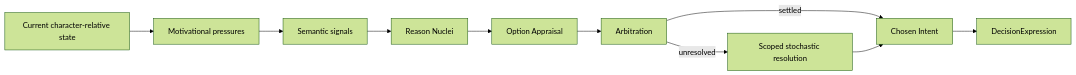
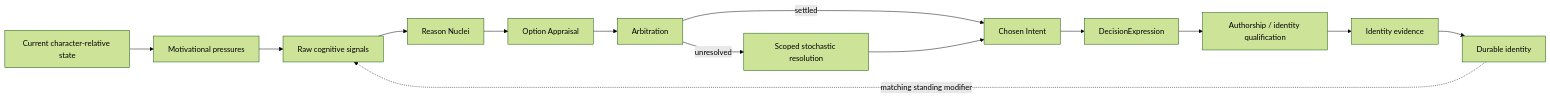
The seventh of 10 diagrams in CHARACTER_ARCHITECTURE.md (scoobydeezy/characterlab), drawn with Mermaid (forest theme) before and after one commit. The commit also changed other lines of this file and 18 other files, not shown here.

````diff
--- a/CHARACTER_ARCHITECTURE.md
+++ b/CHARACTER_ARCHITECTURE.md
@@ -1055,17 +1143,21 @@
 ```mermaid
 flowchart LR
     State[Current character-relative state]
     Motives[Motivational pressures]
-    Signals[Semantic signals]
+    Signals[Raw cognitive signals]
     Reasons[Reason Nuclei]
     Options[Option Appraisal]
     Arbitration[Arbitration]
     Roll[Scoped stochastic resolution]
     Intent[Chosen Intent]
     Expr[DecisionExpression]
+    Qual[Authorship / identity qualification]
+    IdentityEvidence[Identity evidence]
+    Identity[Durable identity]
 
     State --> Motives --> Signals --> Reasons --> Options --> Arbitration
     Arbitration -->|settled| Intent
     Arbitration -->|unresolved| Roll --> Intent
-    Intent --> Expr
+    Intent --> Expr --> Qual --> IdentityEvidence --> Identity
+    Identity -. matching standing modifier .-> Signals
 ```
````
